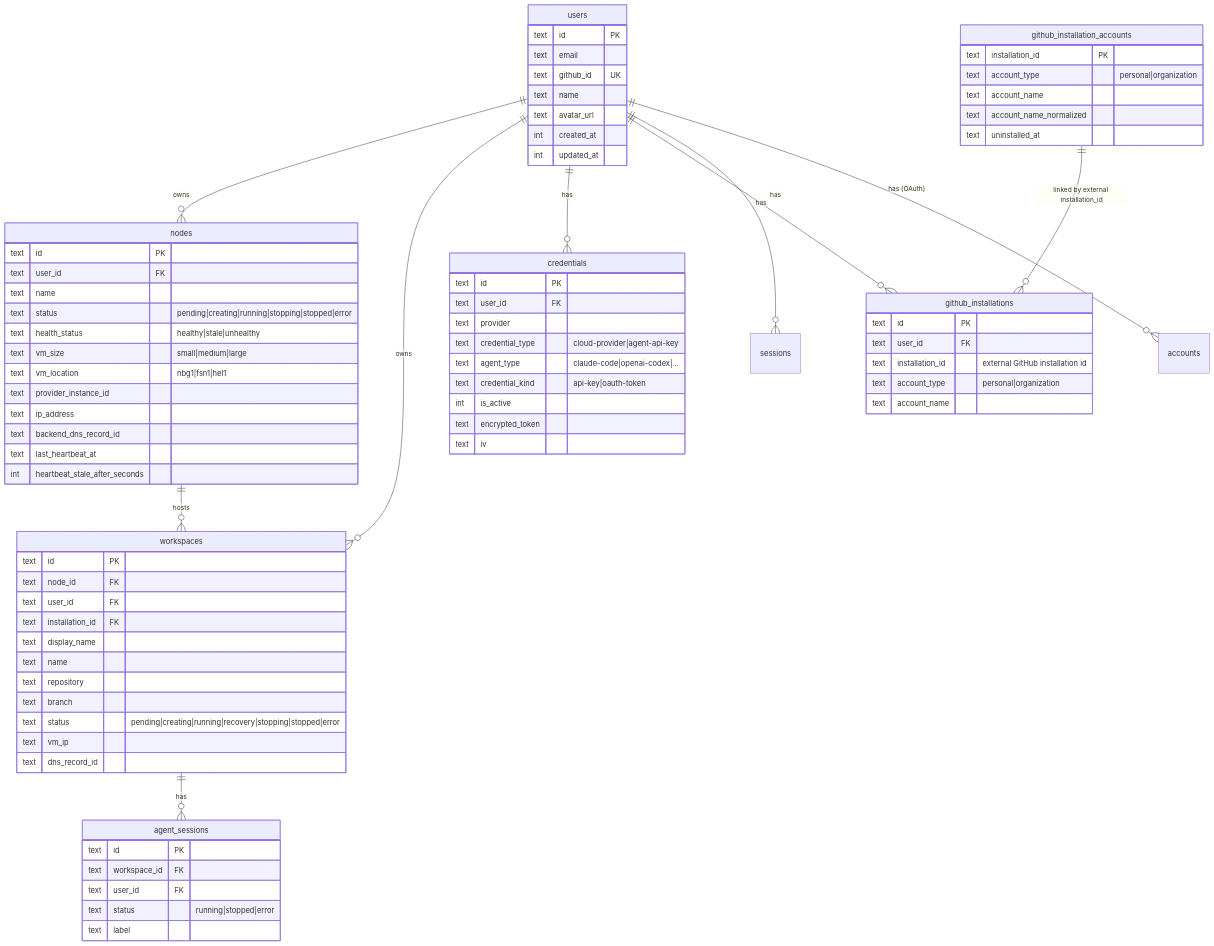
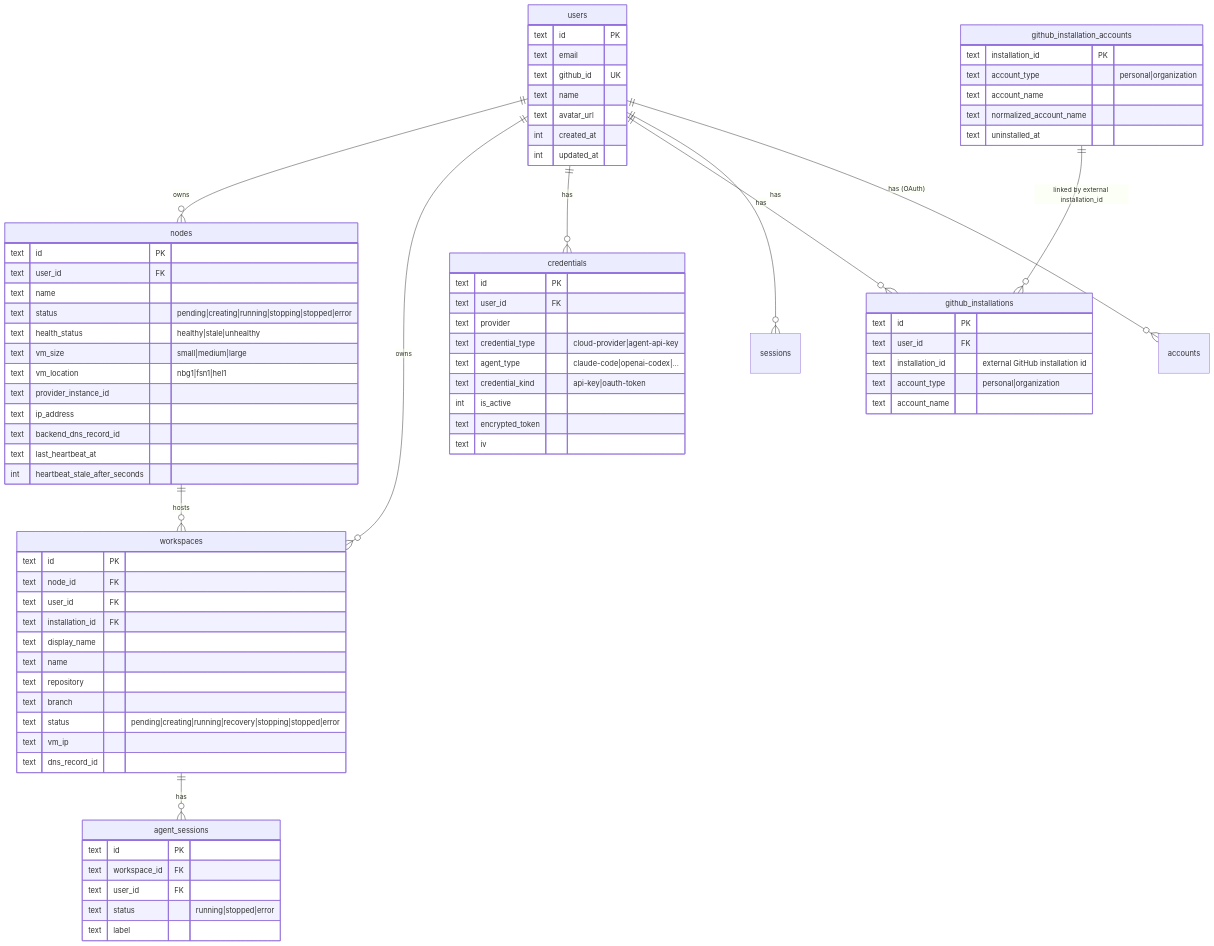
Before and after one commit to raphaeltm/simple-agent-manager: the fifth of 17 diagrams in docs/architecture/walkthrough.md, drawn with Mermaid. The commit also changed 4 other files, not shown here.

```diff
--- a/docs/architecture/walkthrough.md
+++ b/docs/architecture/walkthrough.md
@@ -357,7 +357,7 @@
         text installation_id PK
         text account_type "personal|organization"
         text account_name
-        text account_name_normalized
+        text normalized_account_name
         text uninstalled_at
     }
 
```
